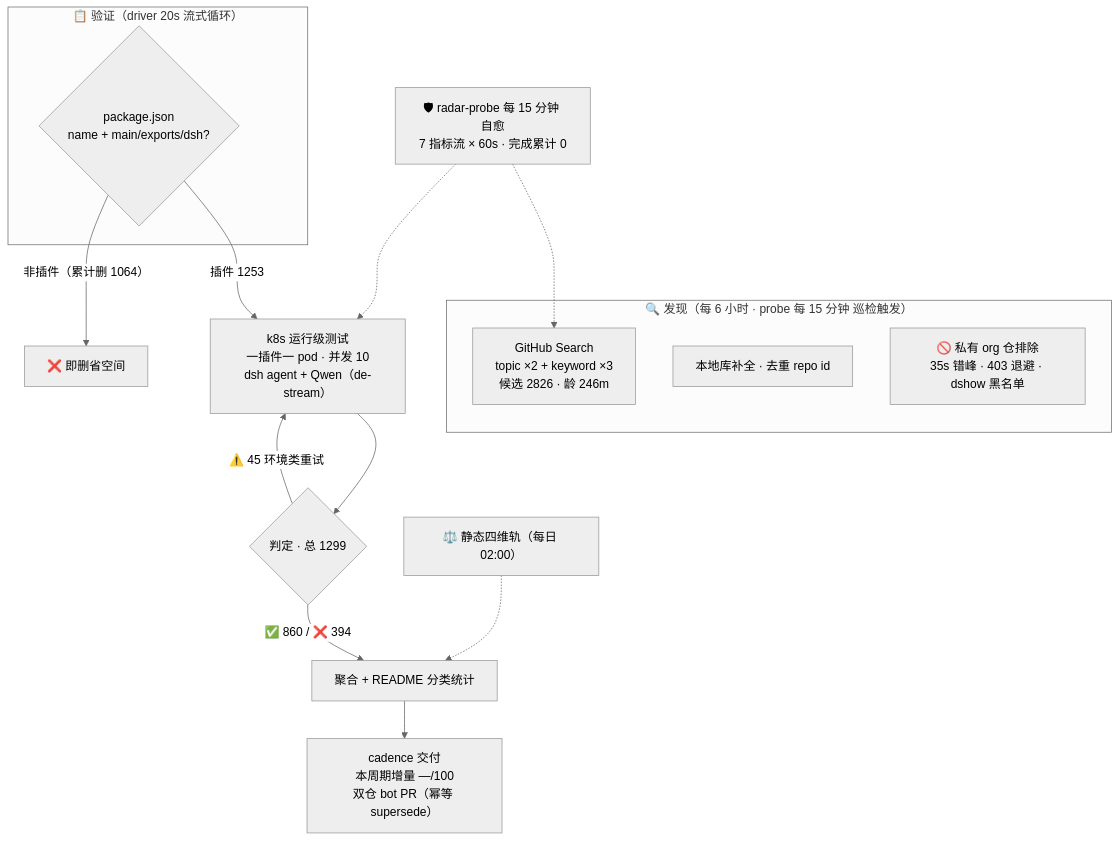
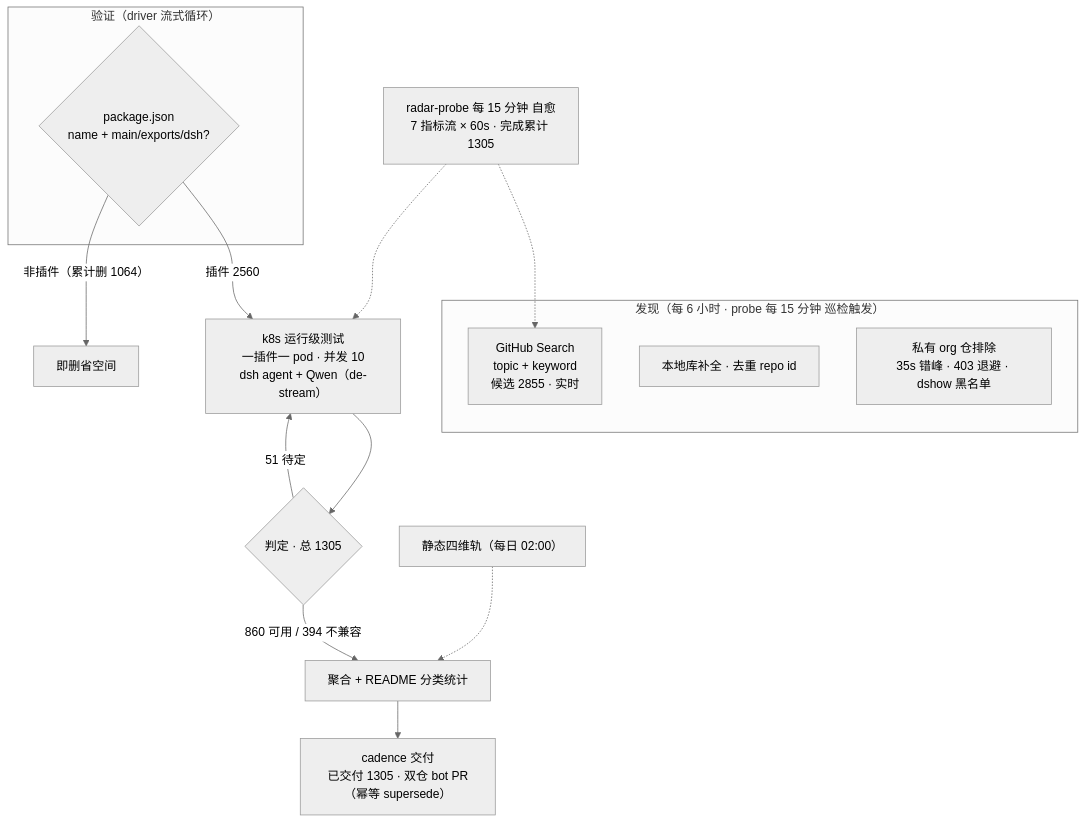
The diagram in README.md (Zhidao-Lab-OSS/awesome-dsh-plugins), drawn with Mermaid (neutral theme) before and after one commit. The commit also changed other lines of this file and 2 other files, not shown here.

Commit message:
fix(radar): README 数值对齐 v2 实时真相（收录/判定/可用/待定）+ 全去 emoji + 锚点修复；渲染器模板同步去 emoji

````diff
--- a/README.md
+++ b/README.md
@@ -32,20 +31,20 @@
 ```mermaid
 flowchart TB
-    subgraph Discovery["🔍 发现（每 6 小时 · probe 每 15 分钟 巡检触发）"]
-        A1["GitHub Search<br/>topic ×2 + keyword ×3<br/>候选 2826 · 龄 246m"]
+    subgraph Discovery["发现（每 6 小时 · probe 每 15 分钟 巡检触发）"]
+        A1["GitHub Search<br/>topic + keyword<br/>候选 2855 · 实时"]
         A2["本地库补全 · 去重 repo id"]
-        A3["🚫 私有 org 仓排除<br/>35s 错峰 · 403 退避 · dshow 黑名单"]
+        A3["私有 org 仓排除<br/>35s 错峰 · 403 退避 · dshow 黑名单"]
     end
-    subgraph Validation["📋 验证（driver 20s 流式循环）"]
+    subgraph Validation["验证（driver 流式循环）"]
         B1{"package.json<br/>name + main/exports/dsh?"}
     end
-    B1 -->|"插件 1253"| C1["k8s 运行级测试<br/>一插件一 pod · 并发 10<br/>dsh agent + Qwen（de-stream）"]
-    B1 -->|"非插件（累计删 1064）"| B3["❌ 即删省空间"]
-    C1 --> D1{"判定 · 总 1299"}
-    D1 -->|"✅ 860 / ❌ 394"| E1["聚合 + README 分类统计"]
-    D1 -->|"⚠️ 45 环境类重试"| C1
-    E1 --> E2["cadence 交付<br/>本周期增量 —/100<br/>双仓 bot PR（幂等 supersede）"]
-    S["⚖️ 静态四维轨（每日 02:00）"] -.-> E1
-    M["🛡 radar-probe 每 15 分钟 自愈<br/>7 指标流 × 60s · 完成累计 0"] -.-> A1
+    B1 -->|"插件 2560"| C1["k8s 运行级测试<br/>一插件一 pod · 并发 10<br/>dsh agent + Qwen（de-stream）"]
+    B1 -->|"非插件（累计删 1064）"| B3["即删省空间"]
+    C1 --> D1{"判定 · 总 1305"}
+    D1 -->|"860 可用 / 394 不兼容"| E1["聚合 + README 分类统计"]
+    D1 -->|"51 待定"| C1
+    E1 --> E2["cadence 交付<br/>已交付 1305 · 双仓 bot PR（幂等 supersede）"]
+    S["静态四维轨（每日 02:00）"] -.-> E1
+    M["radar-probe 每 15 分钟 自愈<br/>7 指标流 × 60s · 完成累计 1305"] -.-> A1
     M -.-> C1
 ```
````
